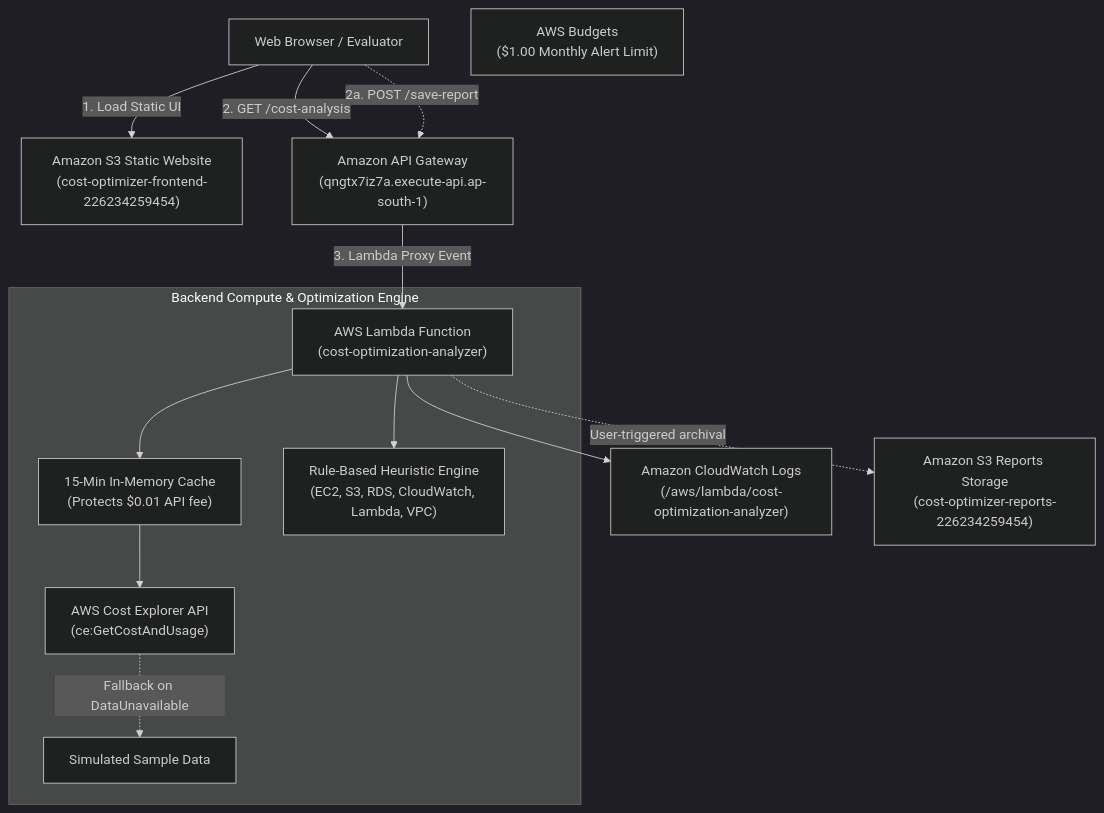
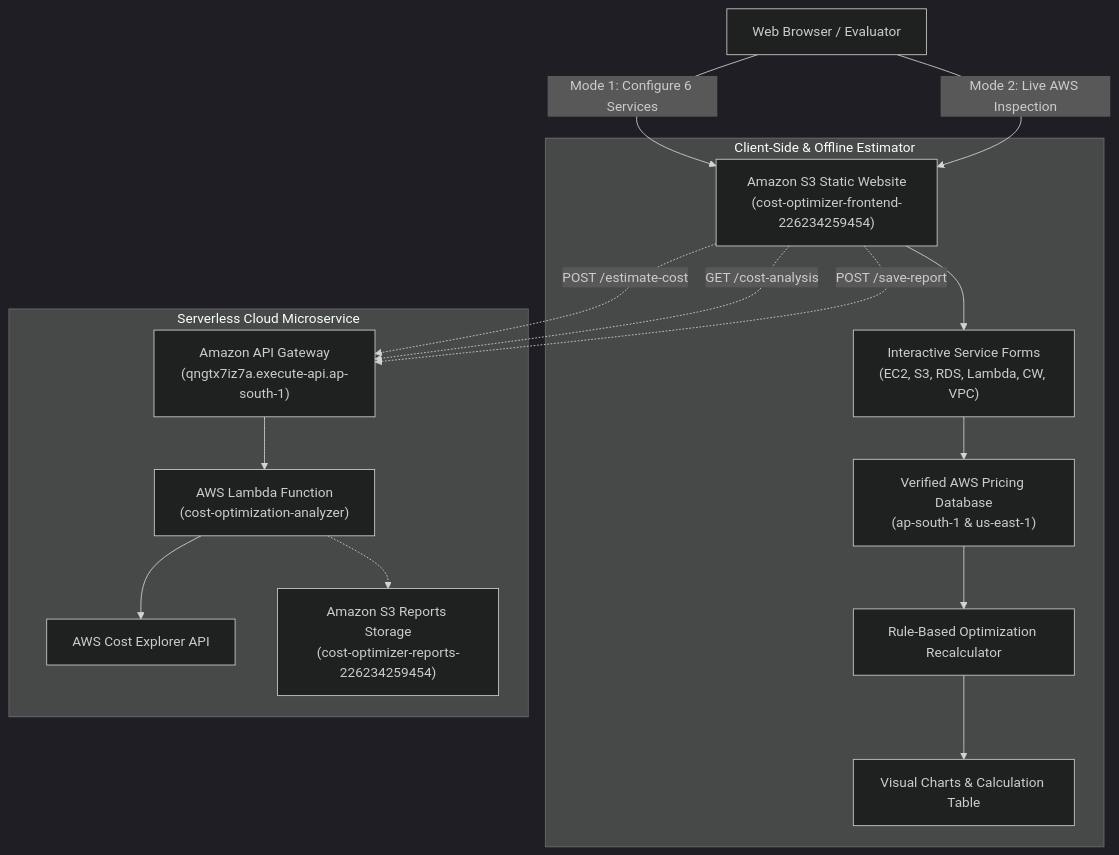
Before and after one commit to bandilavanya2024-spec/AI-AWS-Cost-Optimization: the diagram in README.md, drawn with Mermaid (dark theme). The commit also changed other lines of this file and 15 other files, not shown here.

Commit message:
Upgrade: Realized Savings & Cloud Cost Optimization Dashboard (Enterprise theme, filters toolbar, 42 tests passing)

````diff
--- a/README.md
+++ b/README.md
@@ -47,18 +38,21 @@
 ```mermaid
 flowchart TD
-    User["Web Browser / Evaluator"] -->|1. Load Static UI| S3_Web["Amazon S3 Static Website\n(cost-optimizer-frontend-226234259454)"]
-    User -->|2. GET /cost-analysis| APIGW["Amazon API Gateway\n(qngtx7iz7a.execute-api.ap-south-1)"]
-    User -.->|2a. POST /save-report| APIGW
-    APIGW -->|3. Lambda Proxy Event| Lambda["AWS Lambda Function\n(cost-optimization-analyzer)"]
+    User["Web Browser / Evaluator"] -->|Mode 1: Configure 6 Services| S3_Web["Amazon S3 Static Website\n(cost-optimizer-frontend-226234259454)"]
+    User -->|Mode 2: Live AWS Inspection| S3_Web
     
-    subgraph Microservice["Backend Compute & Optimization Engine"]
-        Lambda --> Cache["15-Min In-Memory Cache\n(Protects $0.01 API fee)"]
-        Cache --> CE["AWS Cost Explorer API\n(ce:GetCostAndUsage)"]
-        CE -.->|Fallback on DataUnavailable| Demo["Simulated Sample Data"]
-        Lambda --> Engine["Rule-Based Heuristic Engine\n(EC2, S3, RDS, CloudWatch, Lambda, VPC)"]
+    subgraph ClientEngine["Client-Side & Offline Estimator"]
+        S3_Web --> Form["Interactive Service Forms\n(EC2, S3, RDS, Lambda, CW, VPC)"]
+        Form --> PricingEngine["Verified AWS Pricing Database\n(ap-south-1 & us-east-1)"]
+        PricingEngine --> Recalc["Rule-Based Optimization Recalculator"]
+        Recalc --> Charts["Visual Charts & Calculation Table"]
     end
     
-    Lambda --> CW["Amazon CloudWatch Logs\n(/aws/lambda/cost-optimization-analyzer)"]
-    Lambda -.->|User-triggered archival| S3_Rep["Amazon S3 Reports Storage\n(cost-optimizer-reports-226234259454)"]
-    Budgets["AWS Budgets\n($1.00 Monthly Alert Limit)"]
+    subgraph ServerlessCloud["Serverless Cloud Microservice"]
+        S3_Web -.->|POST /estimate-cost| APIGW["Amazon API Gateway\n(qngtx7iz7a.execute-api.ap-south-1)"]
+        S3_Web -.->|GET /cost-analysis| APIGW
+        S3_Web -.->|POST /save-report| APIGW
+        APIGW --> Lambda["AWS Lambda Function\n(cost-optimization-analyzer)"]
+        Lambda --> CE["AWS Cost Explorer API"]
+        Lambda -.-> S3_Rep["Amazon S3 Reports Storage\n(cost-optimizer-reports-226234259454)"]
+    end
 ```
````
